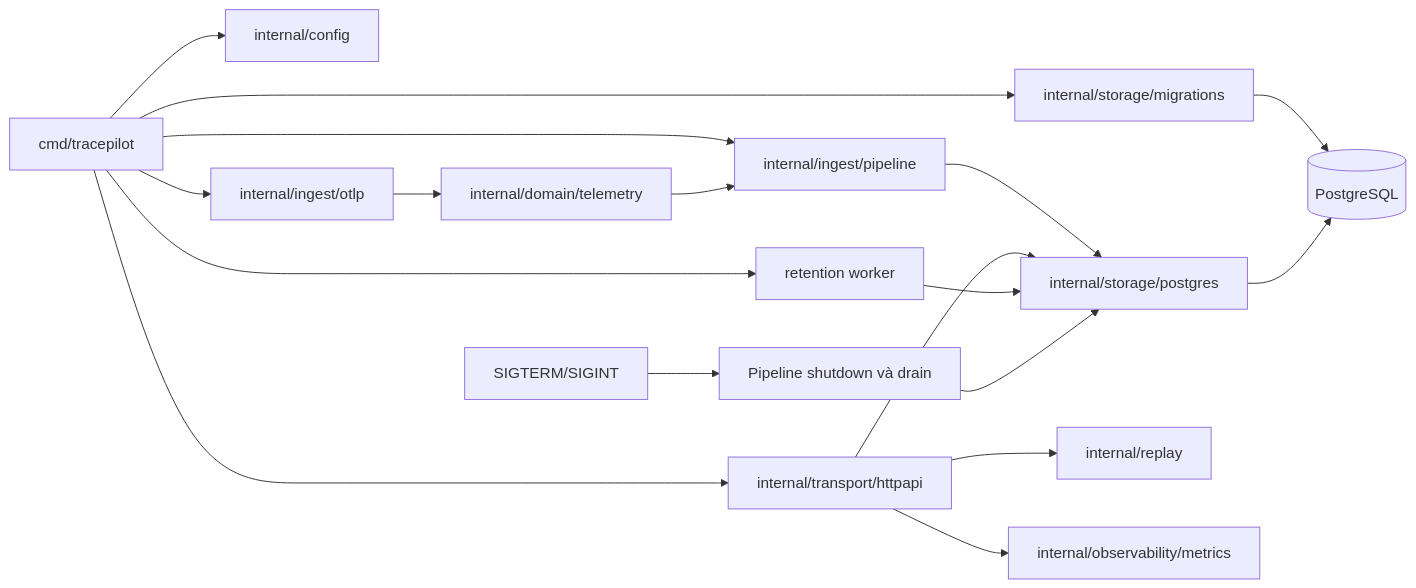
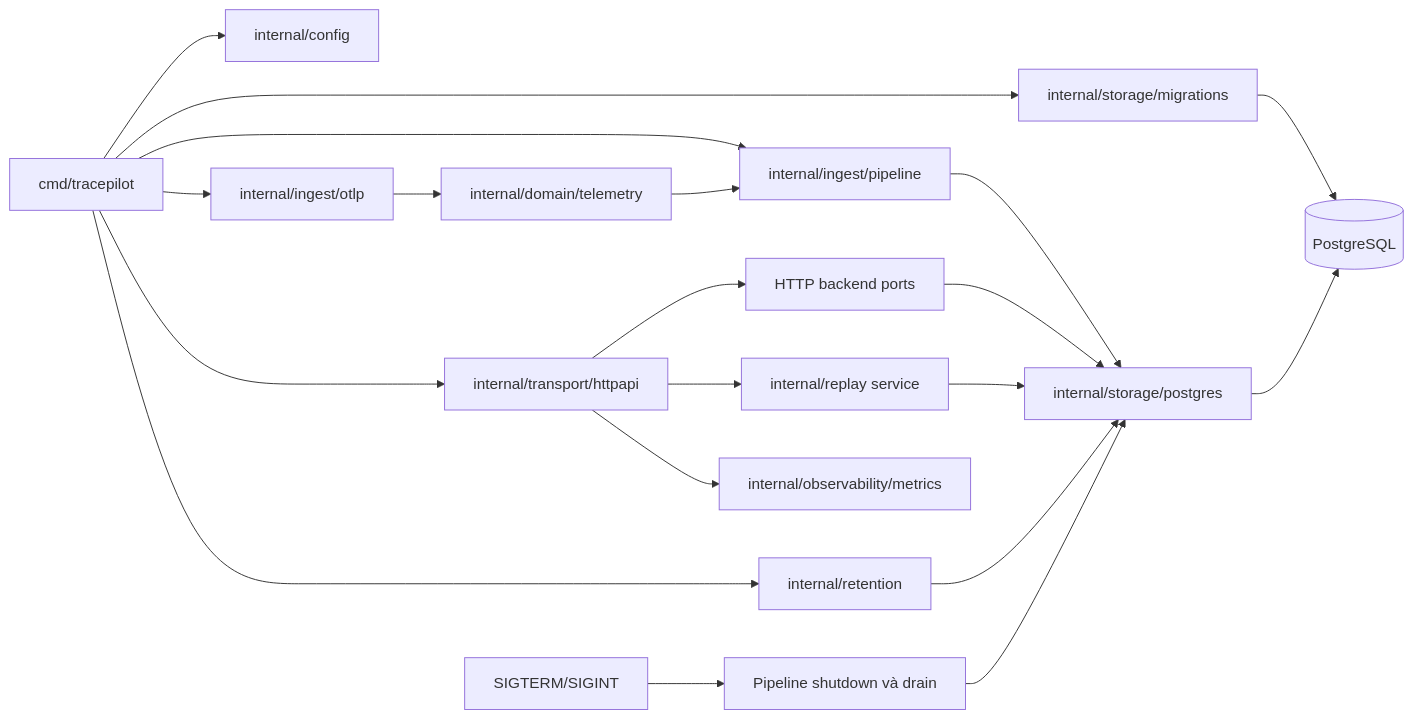
Before and after one commit to vanquan3008/flight-recorder: the first of 4 diagrams in backend/PRODUCTION_CHECKLIST.md, drawn with Mermaid. The commit also changed other lines of this file and 38 other files, not shown here.

Commit message:
refactor: enforce backend flow boundaries

````diff
--- a/backend/PRODUCTION_CHECKLIST.md
+++ b/backend/PRODUCTION_CHECKLIST.md
@@ -27,20 +27,22 @@
 ```mermaid
 flowchart LR
     CLI[cmd/tracepilot] --> Config[internal/config]
     CLI --> Migration[internal/storage/migrations]
     Migration --> DB[(PostgreSQL)]
     CLI --> Pipeline[internal/ingest/pipeline]
     CLI --> OTLP[internal/ingest/otlp]
     CLI --> API[internal/transport/httpapi]
-    CLI --> Retention[retention worker]
+    CLI --> Retention[internal/retention]
     OTLP --> Normalize[internal/domain/telemetry]
     Normalize --> Pipeline
     Pipeline --> PGStore[internal/storage/postgres]
     PGStore --> DB
-    API --> PGStore
-    API --> Replay[internal/replay]
+    API --> Ports[HTTP backend ports]
+    Ports --> PGStore
+    API --> Replay[internal/replay service]
+    Replay --> PGStore
     API --> Metrics[internal/observability/metrics]
     Retention --> PGStore
     Signal[SIGTERM/SIGINT] --> Drain[Pipeline shutdown và drain]
     Drain --> PGStore
 ```
````
